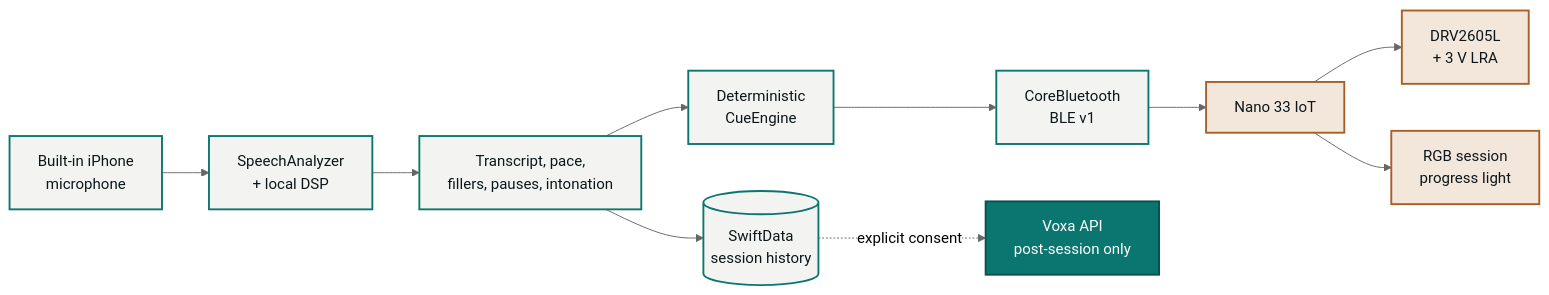
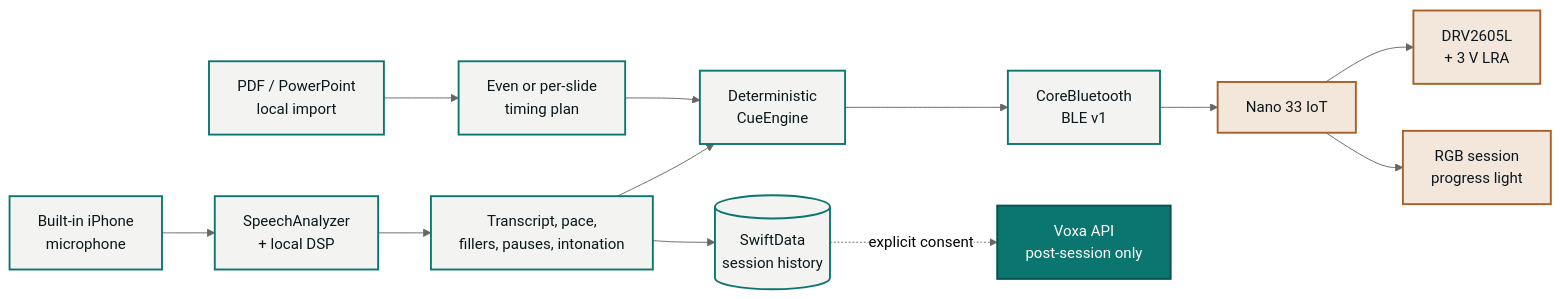
One commit to amaar-mc/voxa-cue changed the diagram in README.md. Above: the diagram before and after it, drawn with Mermaid (neutral theme). The commit also changed other lines of this file and 1 other file, not shown here.

````diff
--- a/README.md
+++ b/README.md
@@ -85,19 +100,21 @@
 ```mermaid
 flowchart LR
     MIC["Built-in iPhone<br/>microphone"] --> SPEECH["SpeechAnalyzer<br/>+ local DSP"]
+    DECK["PDF / PowerPoint<br/>local import"] --> TIMING["Even or per-slide<br/>timing plan"]
     SPEECH --> METRICS["Transcript, pace,<br/>fillers, pauses, intonation"]
     METRICS --> ENGINE["Deterministic<br/>CueEngine"]
+    TIMING --> ENGINE
     ENGINE --> BLE["CoreBluetooth<br/>BLE v1"]
     BLE --> NANO["Nano 33 IoT"]
     NANO --> MOTOR["DRV2605L<br/>+ 3 V LRA"]
     NANO --> LIGHT["RGB session<br/>progress light"]
     METRICS --> STORE[("SwiftData<br/>session history")]
     STORE -. "explicit consent" .-> API["Voxa API<br/>post-session only"]
 
     classDef phone fill:#F3F4F1,stroke:#0B756F,color:#0B171B,stroke-width:2px;
     classDef band fill:#F3E7DC,stroke:#A85E24,color:#0B171B,stroke-width:2px;
     classDef optional fill:#0B756F,stroke:#07524E,color:#ffffff,stroke-width:2px;
-    class MIC,SPEECH,METRICS,ENGINE,BLE,STORE phone;
+    class MIC,DECK,TIMING,SPEECH,METRICS,ENGINE,BLE,STORE phone;
     class NANO,MOTOR,LIGHT band;
     class API optional;
 ```
````
